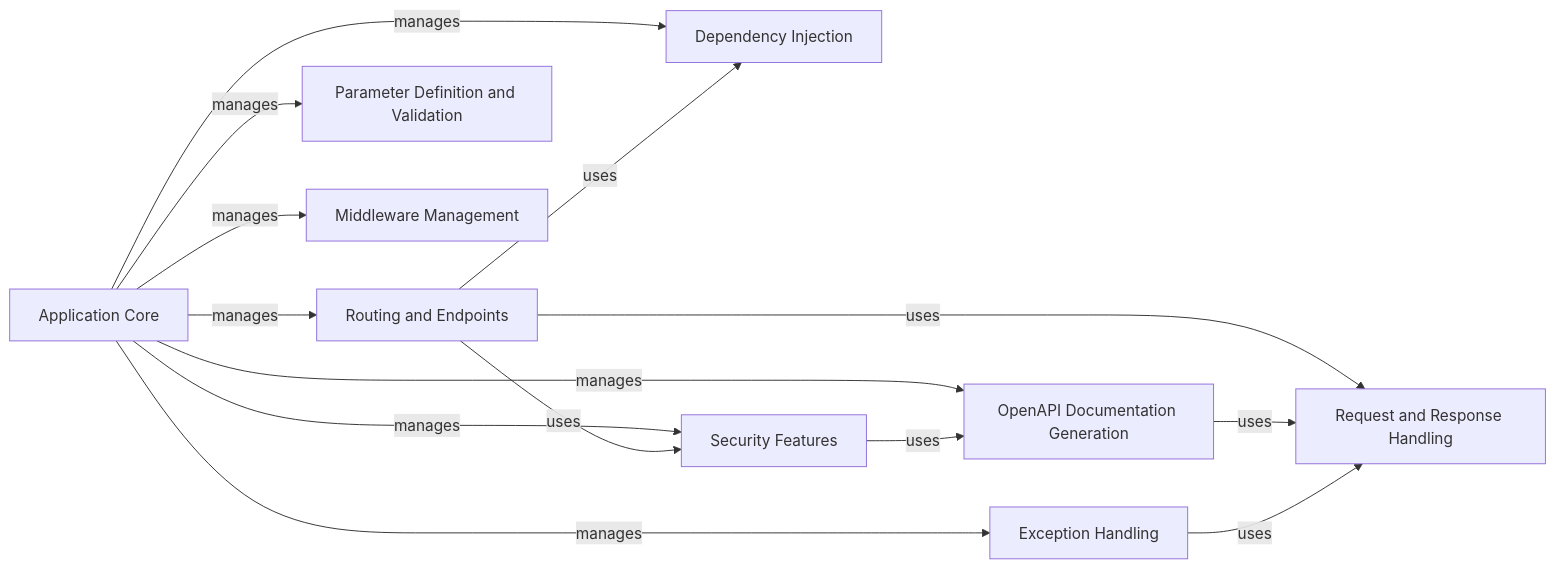
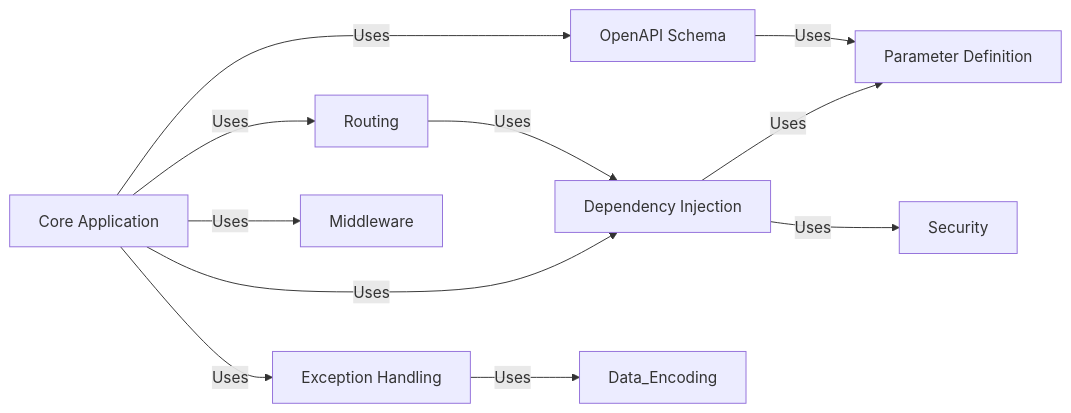
One commit to CodeBoarding/GeneratedOnBoardings changed the diagram in fastapi/on_boarding.md. Above: the diagram before and after it, drawn with Mermaid. The commit also changed other lines of this file and 15 other files, not shown here.

````diff
--- a/fastapi/on_boarding.md
+++ b/fastapi/on_boarding.md
@@ -1,34 +1,29 @@
 ```mermaid
 graph LR
-    Application_Core["Application Core"]
-    Routing_and_Endpoints["Routing and Endpoints"]
-    Request_and_Response_Handling["Request and Response Handling"]
+    Core_Application["Core Application"]
+    Routing["Routing"]
     Dependency_Injection["Dependency Injection"]
-    Security_Features["Security Features"]
-    OpenAPI_Documentation_Generation["OpenAPI Documentation Generation"]
-    Parameter_Definition_and_Validation["Parameter Definition and Validation"]
+    Parameter_Definition["Parameter Definition"]
+    Security["Security"]
+    OpenAPI_Schema["OpenAPI Schema"]
     Exception_Handling["Exception Handling"]
-    Middleware_Management["Middleware Management"]
-    Application_Core -- "manages" --> Routing_and_Endpoints
-    Application_Core -- "manages" --> Middleware_Management
-    Application_Core -- "manages" --> Exception_Handling
-    Application_Core -- "manages" --> OpenAPI_Documentation_Generation
-    Application_Core -- "manages" --> Dependency_Injection
-    Application_Core -- "manages" --> Security_Features
-    Routing_and_Endpoints -- "uses" --> Request_and_Response_Handling
-    Routing_and_Endpoints -- "uses" --> Dependency_Injection
-    Routing_and_Endpoints -- "uses" --> Security_Features
-    OpenAPI_Documentation_Generation -- "uses" --> Request_and_Response_Handling
-    Security_Features -- "uses" --> OpenAPI_Documentation_Generation
-    Exception_Handling -- "uses" --> Request_and_Response_Handling
-    Application_Core -- "manages" --> Parameter_Definition_and_Validation
-    click Application_Core href "https://github.com/CodeBoarding/GeneratedOnBoardings/blob/main/fastapi/Application Core.md" "Details"
-    click Routing_and_Endpoints href "https://github.com/CodeBoarding/GeneratedOnBoardings/blob/main/fastapi/Routing and Endpoints.md" "Details"
-    click Request_and_Response_Handling href "https://github.com/CodeBoarding/GeneratedOnBoardings/blob/main/fastapi/Request and Response Handling.md" "Details"
+    Middleware["Middleware"]
+    Core_Application -- "Uses" --> Routing
+    Core_Application -- "Uses" --> Dependency_Injection
+    Core_Application -- "Uses" --> OpenAPI_Schema
+    Core_Application -- "Uses" --> Exception_Handling
+    Routing -- "Uses" --> Dependency_Injection
+    Dependency_Injection -- "Uses" --> Parameter_Definition
+    Dependency_Injection -- "Uses" --> Security
+    OpenAPI_Schema -- "Uses" --> Parameter_Definition
+    Exception_Handling -- "Uses" --> Data_Encoding
+    Core_Application -- "Uses" --> Middleware
+    click Core_Application href "https://github.com/CodeBoarding/GeneratedOnBoardings/blob/main/fastapi/Core Application.md" "Details"
+    click Routing href "https://github.com/CodeBoarding/GeneratedOnBoardings/blob/main/fastapi/Routing.md" "Details"
     click Dependency_Injection href "https://github.com/CodeBoarding/GeneratedOnBoardings/blob/main/fastapi/Dependency Injection.md" "Details"
-    click Security_Features href "https://github.com/CodeBoarding/GeneratedOnBoardings/blob/main/fastapi/Security Features.md" "Details"
-    click OpenAPI_Documentation_Generation href "https://github.com/CodeBoarding/GeneratedOnBoardings/blob/main/fastapi/OpenAPI Documentation Generation.md" "Details"
-    click Parameter_Definition_and_Validation href "https://github.com/CodeBoarding/GeneratedOnBoardings/blob/main/fastapi/Parameter Definition and Validation.md" "Details"
+    click Parameter_Definition href "https://github.com/CodeBoarding/GeneratedOnBoardings/blob/main/fastapi/Parameter Definition.md" "Details"
+    click Security href "https://github.com/CodeBoarding/GeneratedOnBoardings/blob/main/fastapi/Security.md" "Details"
+    click OpenAPI_Schema href "https://github.com/CodeBoarding/GeneratedOnBoardings/blob/main/fastapi/OpenAPI Schema.md" "Details"
     click Exception_Handling href "https://github.com/CodeBoarding/GeneratedOnBoardings/blob/main/fastapi/Exception Handling.md" "Details"
-    click Middleware_Management href "https://github.com/CodeBoarding/GeneratedOnBoardings/blob/main/fastapi/Middleware Management.md" "Details"
+    click Middleware href "https://github.com/CodeBoarding/GeneratedOnBoardings/blob/main/fastapi/Middleware.md" "Details"
 ```
````
